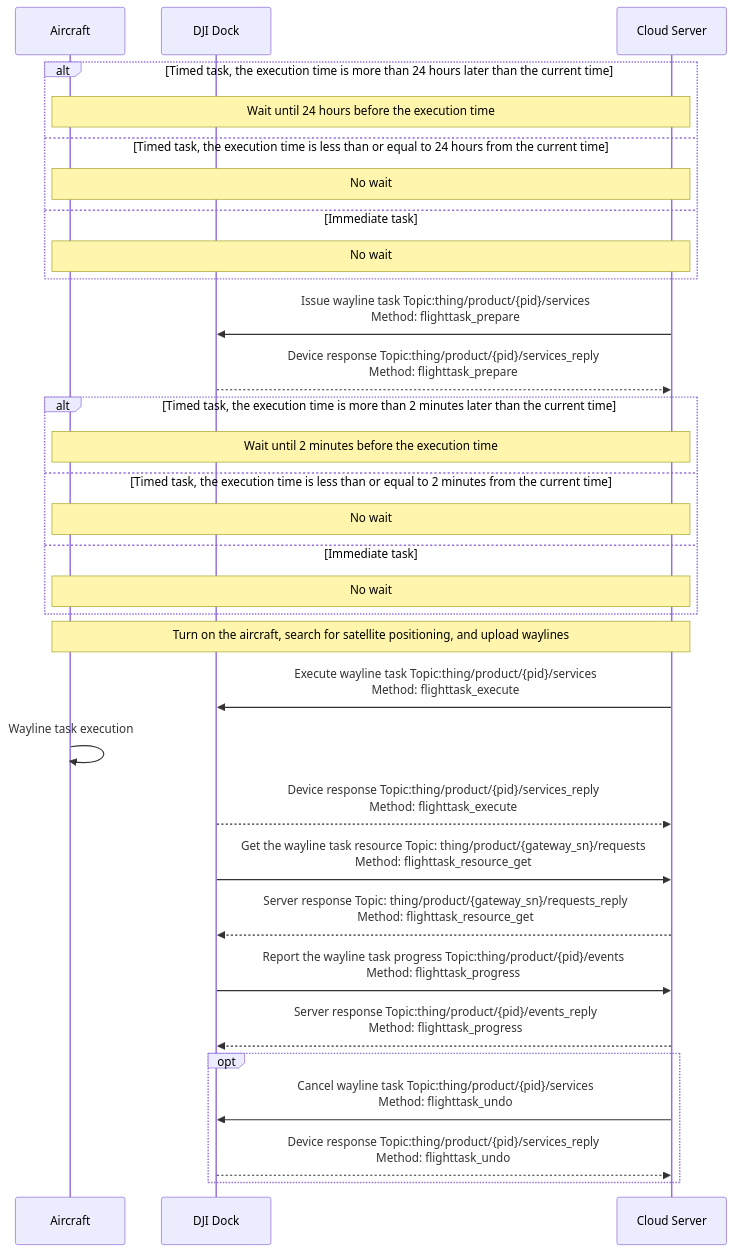
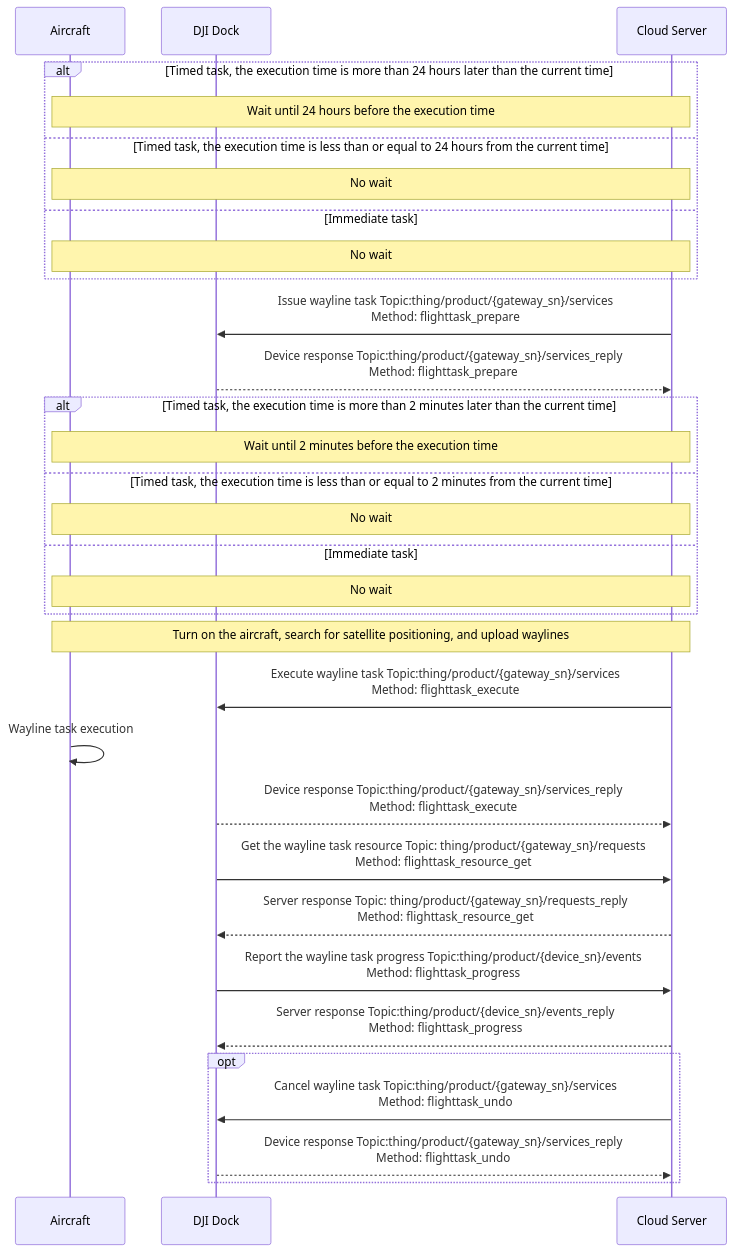
The first of 2 diagrams in docs/en/30.feature-set/20.dock-feature-set/50.dock-wayline-management.md (dji-sdk/Cloud-API-Doc), drawn with Mermaid before and after one commit. The commit also changed other lines of this file and 41 other files, not shown here.

````diff
--- a/docs/en/30.feature-set/20.dock-feature-set/50.dock-wayline-management.md
+++ b/docs/en/30.feature-set/20.dock-feature-set/50.dock-wayline-management.md
@@ -14,44 +14,44 @@
 ```mermaid
 sequenceDiagram
 
 participant object as Aircraft
 participant client  as DJI Dock
 participant server as Cloud Server
 
 alt Timed task, the execution time is more than 24 hours later than the current time
 note over object,server: Wait until 24 hours before the execution time
 else Timed task, the execution time is less than or equal to 24 hours from the current time
 note over object,server: No wait
 else Immediate task
 note over object,server: No wait
 end
 
-server ->> client: Issue wayline task Topic:thing/product/{pid}/services<br/>Method: flighttask_prepare
-client -->> server: Device response Topic:thing/product/{pid}/services_reply<br/>Method: flighttask_prepare
+server ->> client: Issue wayline task Topic:thing/product/{gateway_sn}/services<br/>Method: flighttask_prepare
+client -->> server: Device response Topic:thing/product/{gateway_sn}/services_reply<br/>Method: flighttask_prepare
 
 alt Timed task, the execution time is more than 2 minutes later than the current time
 note over object,server: Wait until 2 minutes before the execution time
 else Timed task, the execution time is less than or equal to 2 minutes from the current time
 note over object,server: No wait
 else Immediate task
 note over object,server: No wait
 end
 
 note over object,server: Turn on the aircraft, search for satellite positioning, and upload waylines
-server ->> client: Execute wayline task Topic:thing/product/{pid}/services<br/>Method: flighttask_execute
+server ->> client: Execute wayline task Topic:thing/product/{gateway_sn}/services<br/>Method: flighttask_execute
 object ->> object: Wayline task execution
-client -->> server: Device response Topic:thing/product/{pid}/services_reply<br/>Method: flighttask_execute
+client -->> server: Device response Topic:thing/product/{gateway_sn}/services_reply<br/>Method: flighttask_execute
 
 
 client ->> server: Get the wayline task resource Topic: thing/product/{gateway_sn}/requests<br/>Method: flighttask_resource_get
 server -->> client: Server response Topic: thing/product/{gateway_sn}/requests_reply<br/>Method: flighttask_resource_get
 
 
-client ->> server: Report the wayline task progress Topic:thing/product/{pid}/events<br/>Method: flighttask_progress
-server -->> client: Server response Topic:thing/product/{pid}/events_reply<br/>Method: flighttask_progress
+client ->> server: Report the wayline task progress Topic:thing/product/{device_sn}/events<br/>Method: flighttask_progress
+server -->> client: Server response Topic:thing/product/{device_sn}/events_reply<br/>Method: flighttask_progress
 
 opt
-server ->> client: Cancel wayline task Topic:thing/product/{pid}/services<br/>Method: flighttask_undo
-client -->> server: Device response Topic:thing/product/{pid}/services_reply<br/>Method: flighttask_undo
+server ->> client: Cancel wayline task Topic:thing/product/{gateway_sn}/services<br/>Method: flighttask_undo
+client -->> server: Device response Topic:thing/product/{gateway_sn}/services_reply<br/>Method: flighttask_undo
 end
 ```
````
